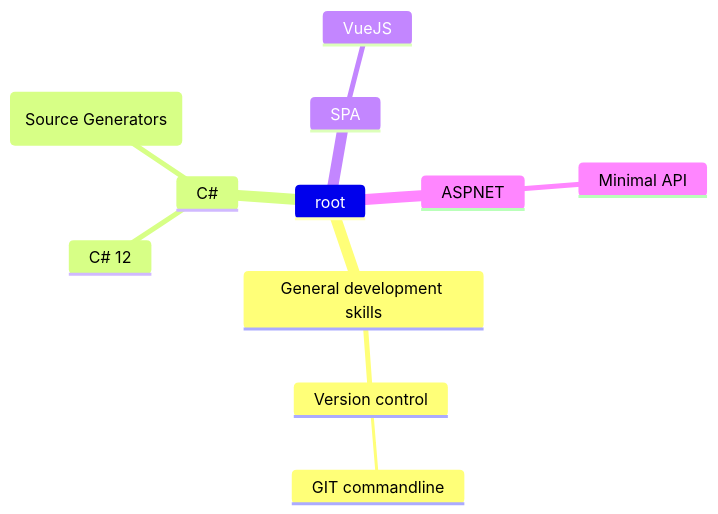
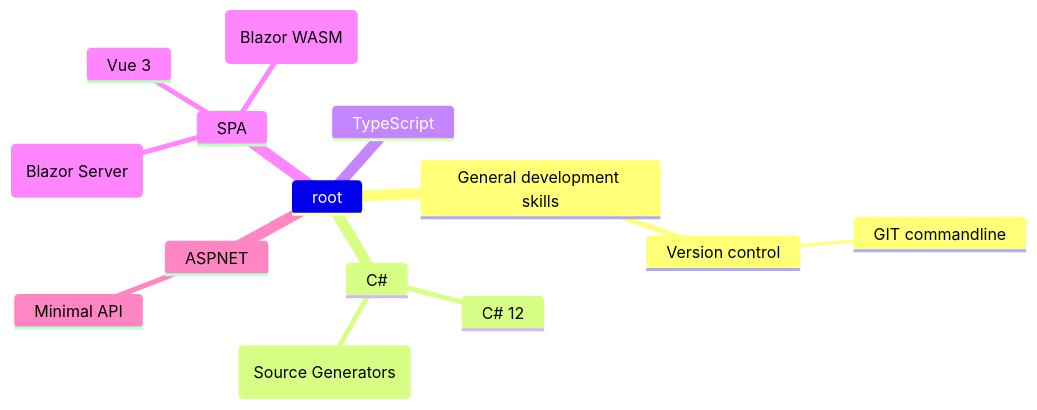
Before and after one commit to renevdhoek/renevdhoek: the second of 2 diagrams in README.md, drawn with Mermaid.

````diff
--- a/README.md
+++ b/README.md
@@ -11,14 +11,17 @@
 ```mermaid
 mindmap
   root
     General development skills
       Version control
         GIT commandline
     C#
       C# 12
       (Source Generators)
+    TypeScript
     SPA
-      VueJS
+      Vue 3
+      (Blazor Server)
+      (Blazor WASM)
     ASPNET
       Minimal API
 ```
````
